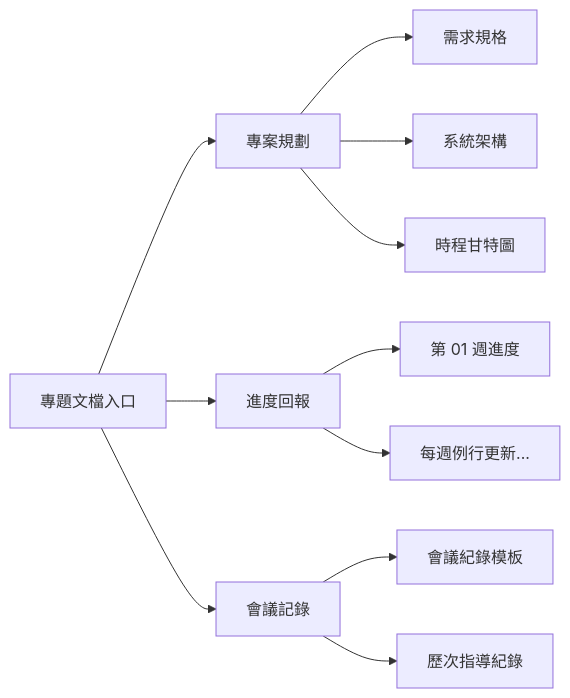
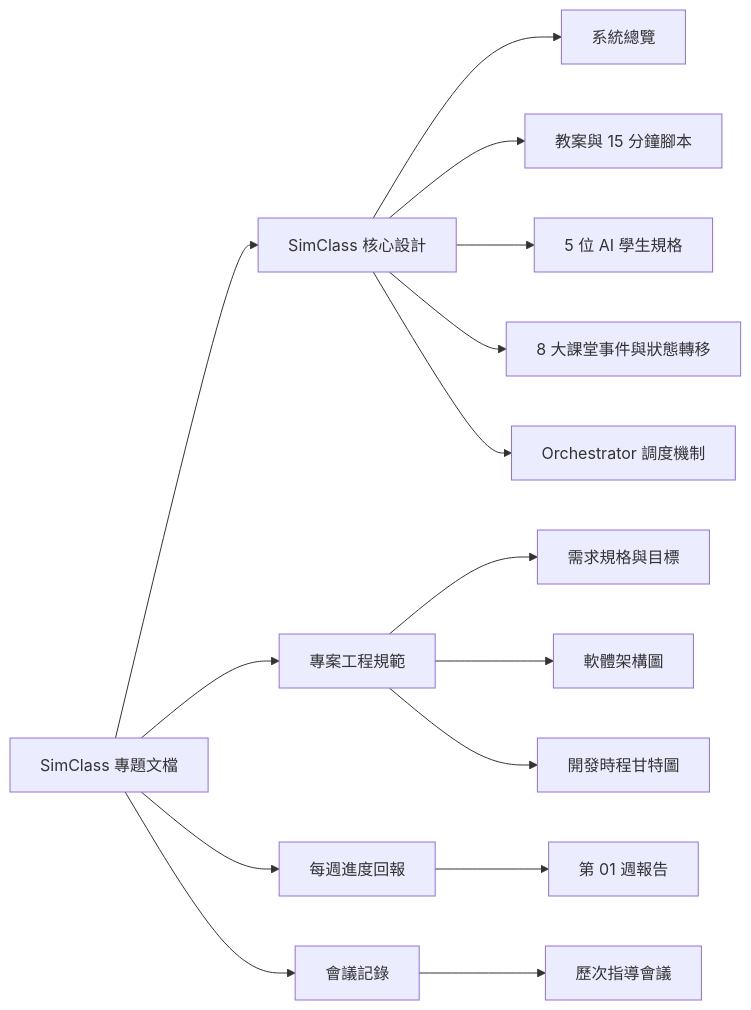
One commit to Ho-yu-chiao/senior-project changed the diagram in docs/index.md. Above: the diagram before and after it, drawn with Mermaid. The commit also changed other lines of this file and 18 other files, not shown here.

````diff
--- a/docs/index.md
+++ b/docs/index.md
@@ -32,16 +35,20 @@
 ```mermaid
 graph LR
-    A[專題文檔入口] --> B[專案規劃]
-    A --> C[進度回報]
-    A --> D[會議記錄]
+    A["SimClass 專題文檔"] --> B["SimClass 核心設計"]
+    A --> C["專案工程規範"]
+    A --> D["每週進度回報"]
+    A --> E["會議記錄"]
 
-    B --> B1[需求規格]
-    B --> B2[系統架構]
-    B --> B3[時程甘特圖]
+    B --> B1["系統總覽"]
+    B --> B2["教案與 15 分鐘腳本"]
+    B --> B3["5 位 AI 學生規格"]
+    B --> B4["8 大課堂事件與狀態轉移"]
+    B --> B5["Orchestrator 調度機制"]
 
-    C --> C1[第 01 週進度]
-    C --> C2[每週例行更新...]
+    C --> C1["需求規格與目標"]
+    C --> C2["軟體架構圖"]
+    C --> C3["開發時程甘特圖"]
 
-    D --> D1[會議紀錄模板]
-    D --> D2[歷次指導紀錄]
+    D --> D1["第 01 週報告"]
+    E --> E1["歷次指導會議"]
 ```
````
